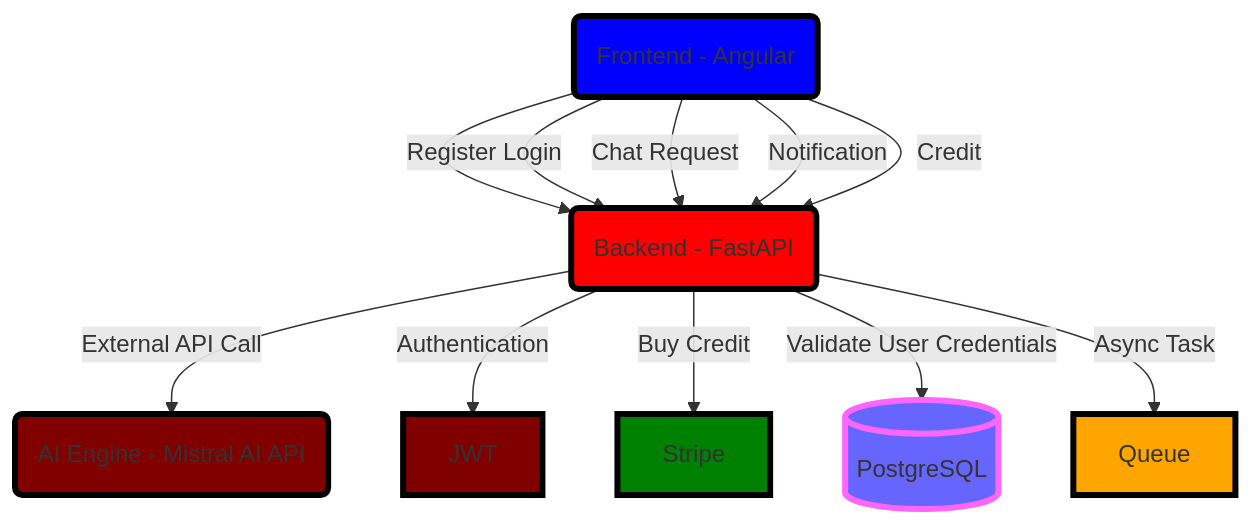
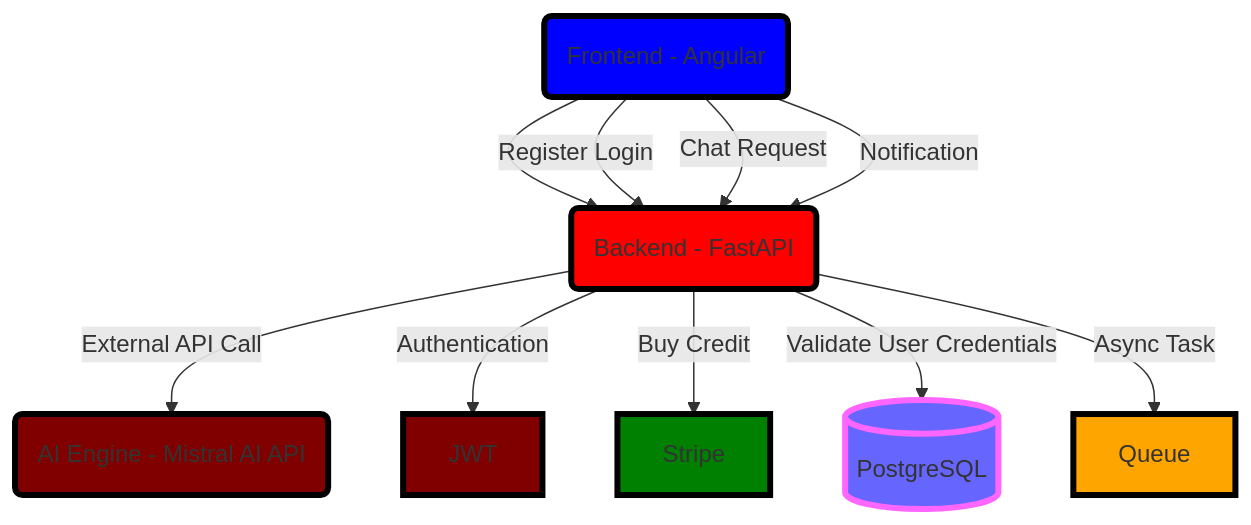
Before and after one commit to Joy-Ese/JayBank-Support-App: the first of 2 diagrams in mermaid.md, drawn with Mermaid.

````diff
--- a/mermaid.md
+++ b/mermaid.md
@@ -2,21 +2,20 @@
 ``` mermaid
 flowchart TD;
     FE("Frontend - Angular") --> BE("Backend - FastAPI")
     BE -->|External API Call| AI("AI Engine - Mistral AI API")
     BE -->|Authentication| JWT
     FE -->|Register Login| BE
     FE -->|Chat Request| BE
     FE -->|Notification| BE
-    FE -->|Credit| BE
     BE -->|Buy Credit| Stripe
     BE -->|Validate User Credentials| Database[(PostgreSQL)]
     BE -->|Async Task| Queue
 
     style Database fill:#66f,stroke:#f6f,stroke-width:4px
     style FE fill:blue,stroke:black,stroke-width:4px,shadow:shadow
     style BE fill:red,stroke:black,stroke-width:4px,shadow:shadow
     style AI fill:maroon,stroke:black,stroke-width:4px,shadow:shadow
     style JWT fill:maroon,stroke:black,stroke-width:4px,shadow:shadow
     style Queue fill:orange,stroke:black,stroke-width:4px,shadow:shadow
     style Stripe fill:green,stroke:black,stroke-width:4px,shadow:shadow
 ```
````
